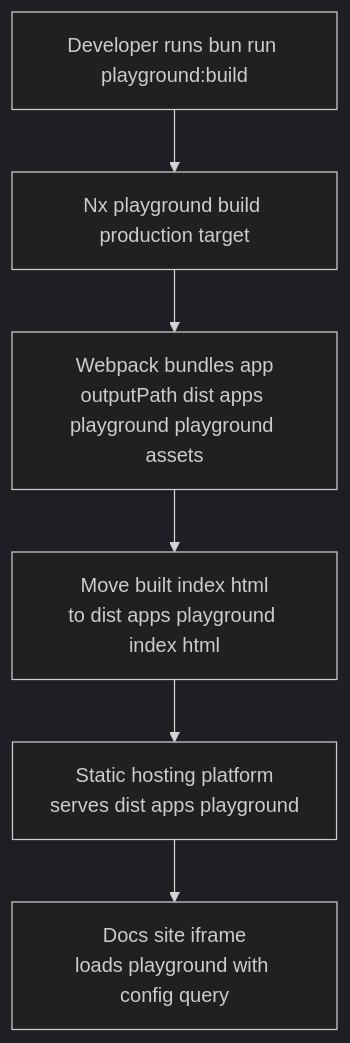
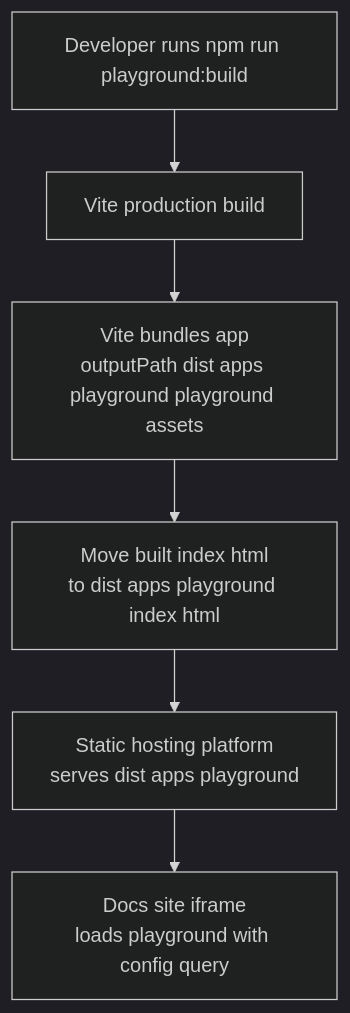
One commit to lesliebinbin/playground-components changed the third of 3 diagrams in apps/playground/README.mdc. Above: the diagram before and after it, drawn with Mermaid (dark theme). The commit also changed other lines of this file and 304 other files, not shown here.

````diff
--- a/apps/playground/README.mdc
+++ b/apps/playground/README.mdc
@@ -207,8 +204,8 @@
 ```mermaid
 flowchart TD
-  A1[Developer runs bun run playground:build] --> B1[Nx playground build production target]
-  B1 --> C1[Webpack bundles app<br/>outputPath dist apps playground playground assets]
+  A1[Developer runs npm run playground:build] --> B1[Vite production build]
+  B1 --> C1[Vite bundles app<br/>outputPath dist apps playground playground assets]
   C1 --> D1[Move built index html<br/>to dist apps playground index html]
   D1 --> E1[Static hosting platform<br/>serves dist apps playground]
   E1 --> F1[Docs site iframe<br/>loads playground with config query]
 ```
````
